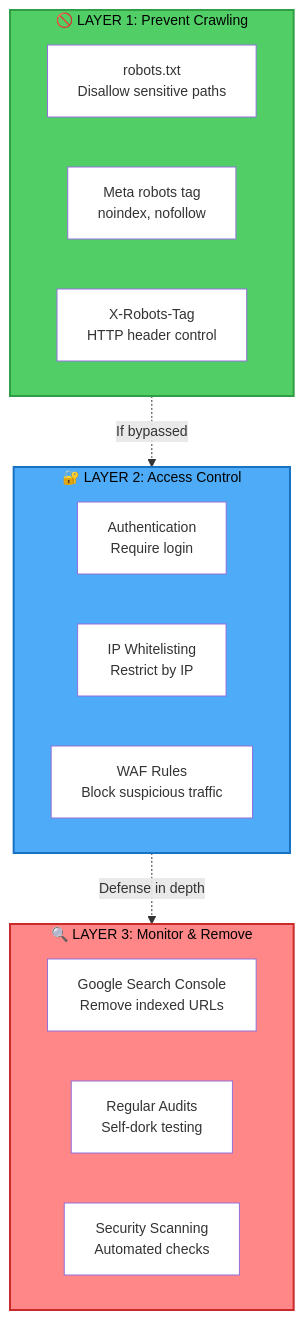
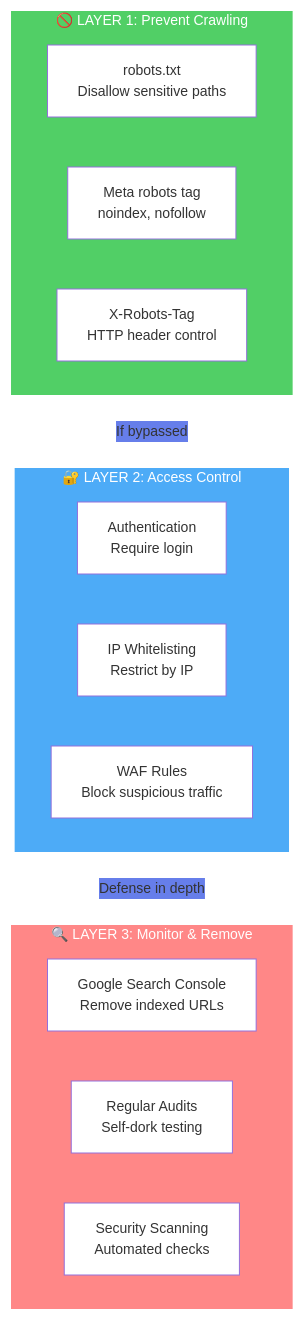
One commit to mizazhaider-ceh/Web-Security-Google-Dorking changed the sixth of 7 diagrams in README.md. Above: the diagram before and after it, drawn with Mermaid. The commit also changed other lines of this file, not shown here.

````diff
--- a/README.md
+++ b/README.md
@@ -333,28 +333,28 @@
 ```mermaid
-%%{init: {'theme':'default', 'themeVariables': { 'background':'#ffffff','mainBkg':'#ffffff','secondaryBkg':'#ffffff','tertiaryBkg':'#ffffff','clusterBkg':'#ffffff','fontSize':'14px'}}}%%
+%%{init: {'theme':'default', 'themeVariables': { 'background':'#ffffff','mainBkg':'#ffffff','secondaryBkg':'#ffffff','tertiaryBkg':'#ffffff','clusterBkg':'#ffffff','fontSize':'14px','lineColor':'#ffffff','edgeLabelBackground':'#667eea','clusterBorder':'#ffffff'}}}%%
 graph TB
     subgraph Layer1["🚫 LAYER 1: Prevent Crawling"]
         A["robots.txt<br/>Disallow sensitive paths"]
         B["Meta robots tag<br/>noindex, nofollow"]
         C["X-Robots-Tag<br/>HTTP header control"]
     end
     
     subgraph Layer2["🔐 LAYER 2: Access Control"]
         D["Authentication<br/>Require login"]
         E["IP Whitelisting<br/>Restrict by IP"]
         F["WAF Rules<br/>Block suspicious traffic"]
     end
     
     subgraph Layer3["🔍 LAYER 3: Monitor & Remove"]
         G["Google Search Console<br/>Remove indexed URLs"]
         H["Regular Audits<br/>Self-dork testing"]
         I["Security Scanning<br/>Automated checks"]
     end
     
     Layer1 -.->|If bypassed| Layer2
     Layer2 -.->|Defense in depth| Layer3
     
-    style Layer1 fill:#51cf66,stroke:#2f9e44,stroke-width:2px,color:#000
-    style Layer2 fill:#4dabf7,stroke:#1971c2,stroke-width:2px,color:#000
-    style Layer3 fill:#ff8787,stroke:#c92a2a,stroke-width:2px,color:#000
+    style Layer1 fill:#51cf66,stroke:#ffffff,stroke-width:2px,color:#fff
+    style Layer2 fill:#4dabf7,stroke:#ffffff,stroke-width:2px,color:#fff
+    style Layer3 fill:#ff8787,stroke:#ffffff,stroke-width:2px,color:#fff
 ```
````
